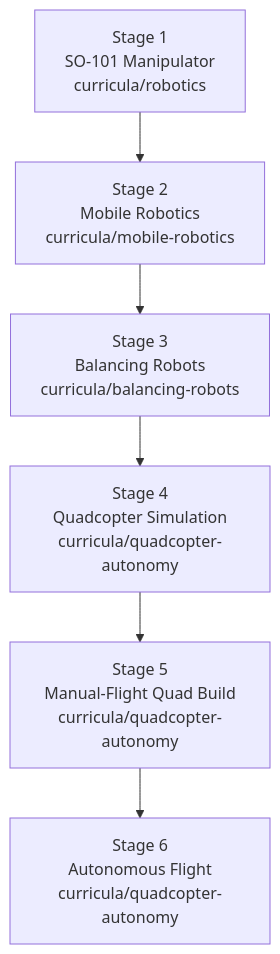
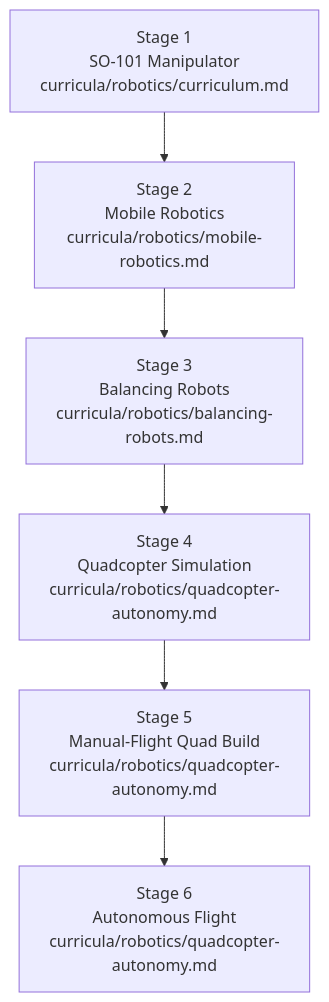
The second of 2 diagrams in curricula/robotics/curriculum.md (calwoo/research-notes), drawn with Mermaid before and after one commit. The commit also changed other lines of this file and 3 other files, not shown here.

First line of the commit message:
refactor: flatten flight-track curricula into curricula/robotics/ as separate notes

````diff
--- a/curricula/robotics/curriculum.md
+++ b/curricula/robotics/curriculum.md
@@ -162,14 +162,14 @@
 ```mermaid
 flowchart TD
-    S1["Stage 1<br/>SO-101 Manipulator<br/>curricula/robotics"]
-    S2["Stage 2<br/>Mobile Robotics<br/>curricula/mobile-robotics"]
-    S3["Stage 3<br/>Balancing Robots<br/>curricula/balancing-robots"]
-    S4["Stage 4<br/>Quadcopter Simulation<br/>curricula/quadcopter-autonomy"]
-    S5["Stage 5<br/>Manual-Flight Quad Build<br/>curricula/quadcopter-autonomy"]
-    S6["Stage 6<br/>Autonomous Flight<br/>curricula/quadcopter-autonomy"]
+    S1["Stage 1<br/>SO-101 Manipulator<br/>curricula/robotics/curriculum.md"]
+    S2["Stage 2<br/>Mobile Robotics<br/>curricula/robotics/mobile-robotics.md"]
+    S3["Stage 3<br/>Balancing Robots<br/>curricula/robotics/balancing-robots.md"]
+    S4["Stage 4<br/>Quadcopter Simulation<br/>curricula/robotics/quadcopter-autonomy.md"]
+    S5["Stage 5<br/>Manual-Flight Quad Build<br/>curricula/robotics/quadcopter-autonomy.md"]
+    S6["Stage 6<br/>Autonomous Flight<br/>curricula/robotics/quadcopter-autonomy.md"]
     S1 --> S2
     S2 --> S3
     S3 --> S4
     S4 --> S5
     S5 --> S6
 ```
````
